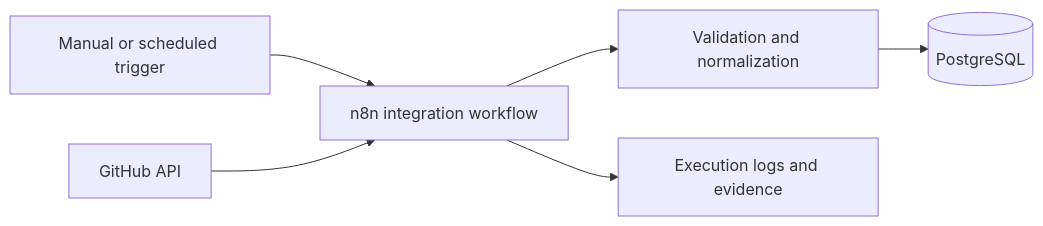
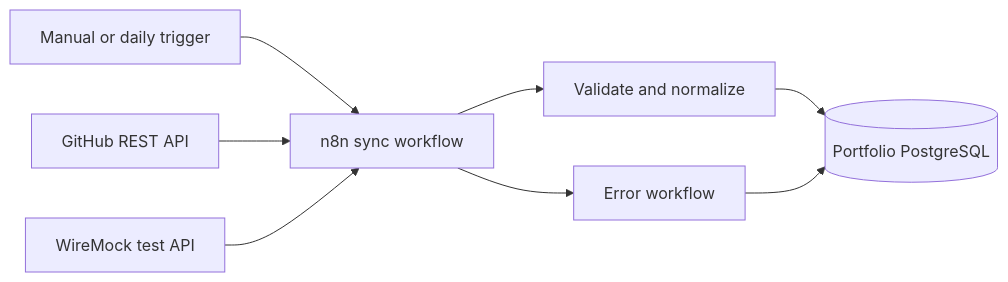
One commit to edmaker89/github-portfolio-sync changed the first of 2 diagrams in docs/architecture.md. Above: the diagram before and after it, drawn with Mermaid. The commit also changed other lines of this file and 7 other files, not shown here.

Commit message:
docs: finalize GitHub portfolio sync scope

````diff
--- a/docs/architecture.md
+++ b/docs/architecture.md
@@ -5,8 +5,10 @@
 ```mermaid
 flowchart LR
-    Trigger[Manual or scheduled trigger] --> N8N[n8n integration workflow]
-    GitHub[GitHub API] --> N8N
-    N8N --> Normalize[Validation and normalization]
-    Normalize --> Postgres[(PostgreSQL)]
-    N8N --> Evidence[Execution logs and evidence]
+    Trigger[Manual or daily trigger] --> Sync[n8n sync workflow]
+    GitHub[GitHub REST API] --> Sync
+    Mock[WireMock test API] --> Sync
+    Sync --> Normalize[Validate and normalize]
+    Normalize --> Postgres[(Portfolio PostgreSQL)]
+    Sync --> Error[Error workflow]
+    Error --> Postgres
 ```
````
